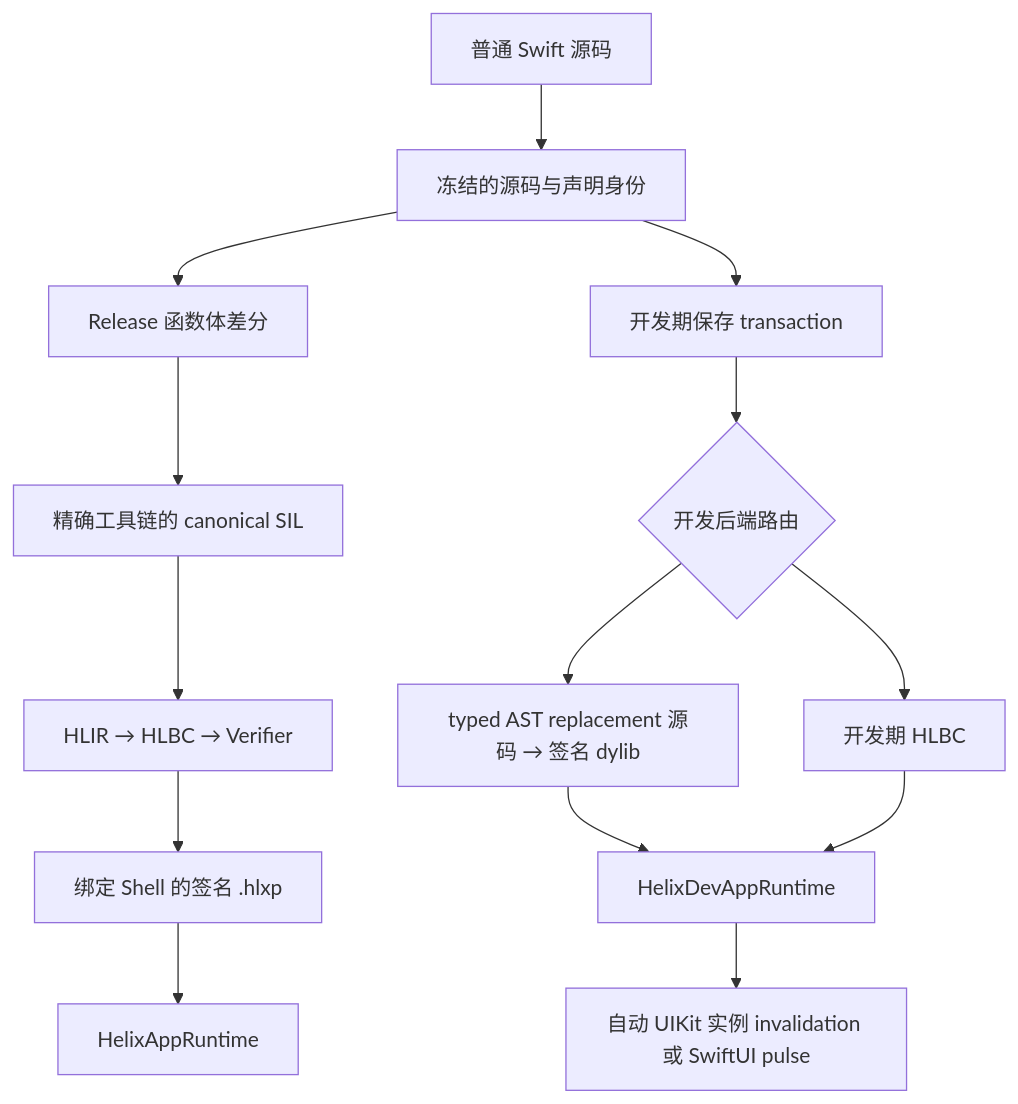
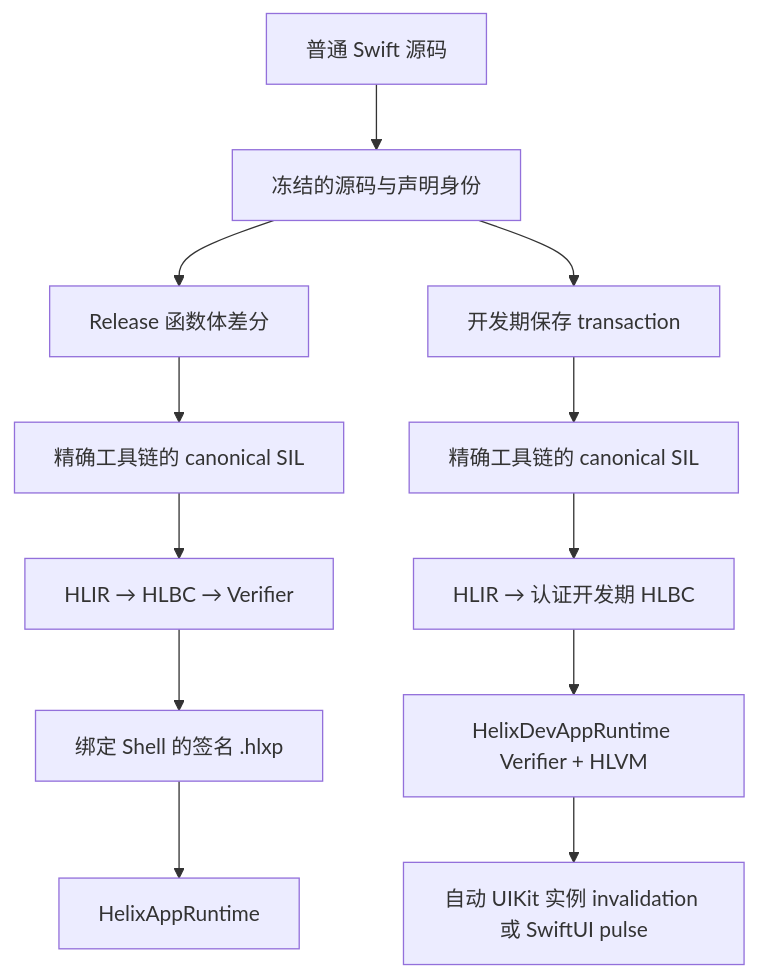
One commit to TangentW/Helix changed the diagram in Docs/Architecture.zh-CN.md. Above: the diagram before and after it, drawn with Mermaid. The commit also changed other lines of this file and 104 other files, not shown here.

````diff
--- a/Docs/Architecture.zh-CN.md
+++ b/Docs/Architecture.zh-CN.md
@@ -18,18 +18,16 @@
 ```mermaid
 flowchart TB
     S["普通 Swift 源码"] --> I["冻结的源码与声明身份"]
     I --> R["Release 函数体差分"]
     I --> D["开发期保存 transaction"]
 
     R --> SIL1["精确工具链的 canonical SIL"]
     SIL1 --> HLBC["HLIR → HLBC → Verifier"]
     HLBC --> PKG["绑定 Shell 的签名 .hlxp"]
     PKG --> PR["HelixAppRuntime"]
 
-    D --> ROUTE{"开发后端路由"}
-    ROUTE --> NATIVE["typed AST replacement 源码 → 签名 dylib"]
-    ROUTE --> DHLBC["开发期 HLBC"]
-    NATIVE --> DR["HelixDevAppRuntime"]
-    DHLBC --> DR
+    D --> DSIL["精确工具链的 canonical SIL"]
+    DSIL --> DHLBC["HLIR → 认证开发期 HLBC"]
+    DHLBC --> DR["HelixDevAppRuntime Verifier + HLVM"]
     DR --> UI["自动 UIKit 实例 invalidation 或 SwiftUI pulse"]
 ```
````
